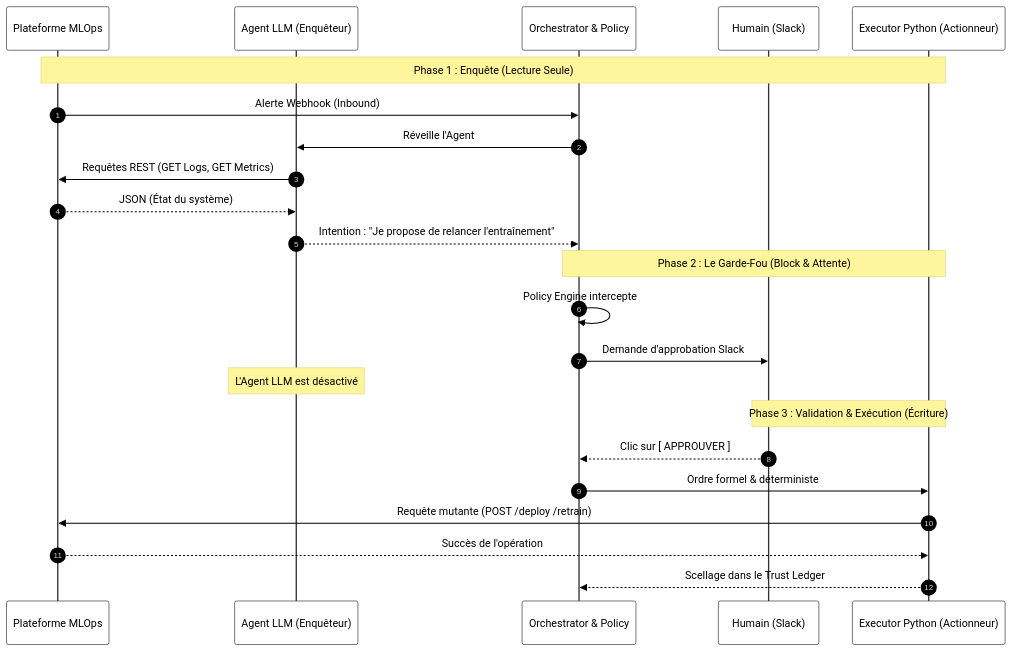
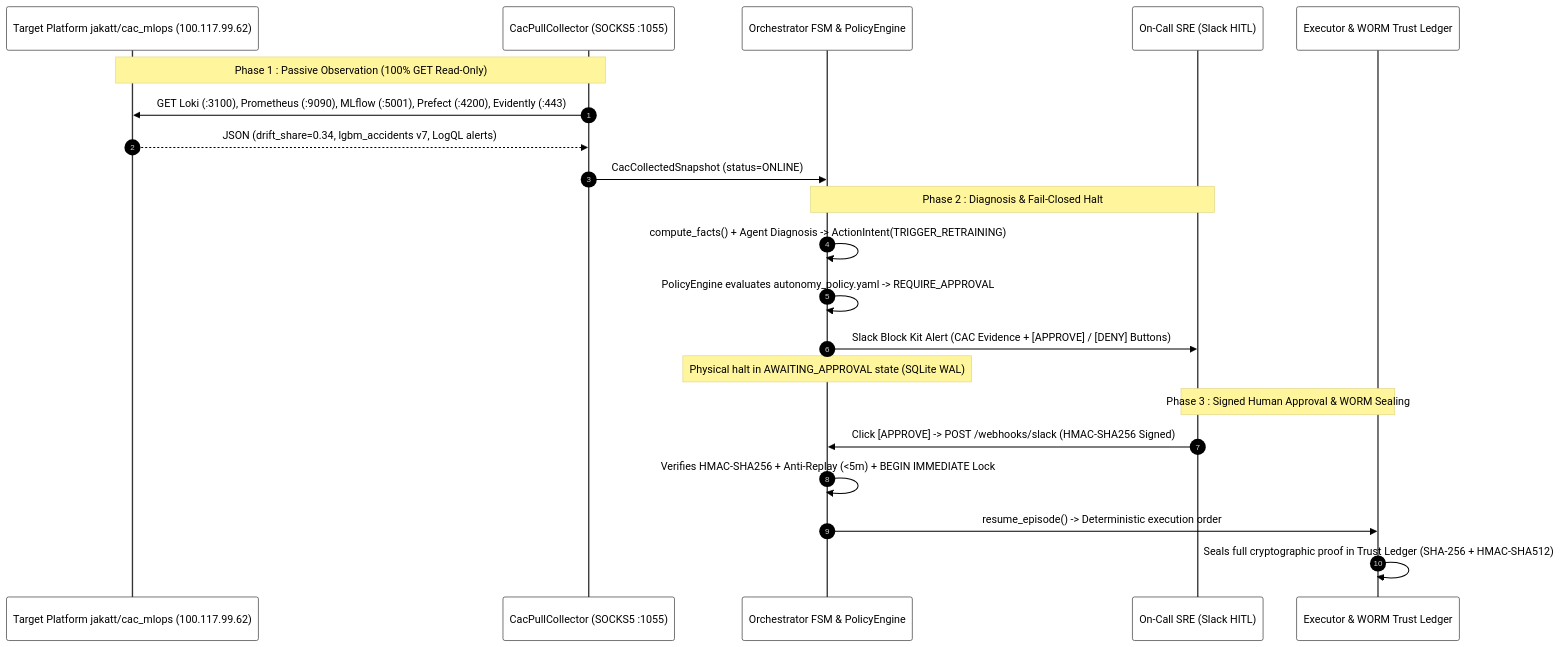
One commit to nolll77/agentic-ops changed the diagram in README.md. Above: the diagram before and after it, drawn with Mermaid. The commit also changed other lines of this file and 7 other files, not shown here.

````diff
--- a/README.md
+++ b/README.md
@@ -137,29 +241,27 @@
 ```mermaid
 %%{init: {'theme': 'base', 'themeVariables': {'primaryColor': '#ffffff', 'primaryTextColor': '#000000', 'primaryBorderColor': '#333333', 'lineColor': '#333333', 'noteBkgColor': '#fff59d', 'noteTextColor': '#000000'}}}%%
 sequenceDiagram
     autonumber
-    participant Platform as Plateforme MLOps
-    participant Agent as Agent LLM (Enquêteur)
-    participant FSM as Orchestrator & Policy
-    participant Human as Humain (Slack)
-    participant Exec as Executor Python (Actionneur)
+    participant CAC as Target Platform jakatt/cac_mlops (100.117.99.62)
+    participant Pull as CacPullCollector (SOCKS5 :1055)
+    participant FSM as Orchestrator FSM & PolicyEngine
+    participant Slack as On-Call SRE (Slack HITL)
+    participant Exec as Executor & WORM Trust Ledger
 
-    Note over Platform, Exec: Phase 1 : Enquête (Lecture Seule)
-    Platform->>FSM: Alerte Webhook (Inbound)
-    FSM->>Agent: Réveille l'Agent
-    Agent->>Platform: Requêtes REST (GET Logs, GET Metrics)
-    Platform-->>Agent: JSON (État du système)
-    Agent-->>FSM: Intention : "Je propose de relancer l'entraînement"
+    Note over CAC, Pull: Phase 1 : Passive Observation (100% GET Read-Only)
+    Pull->>CAC: GET Loki (:3100), Prometheus (:9090), MLflow (:5001), Prefect (:4200), Evidently (:443)
+    CAC-->>Pull: JSON (drift_share=0.34, lgbm_accidents v7, LogQL alerts)
+    Pull->>FSM: CacCollectedSnapshot (status=ONLINE)
 
-    Note over FSM, Exec: Phase 2 : Le Garde-Fou (Block & Attente)
-    FSM->>FSM: Policy Engine intercepte
-    FSM->>Human: Demande d'approbation Slack
-    Note over Agent: L'Agent LLM est désactivé
-    
-    Note over Human, Exec: Phase 3 : Validation & Exécution (Écriture)
-    Human-->>FSM: Clic sur [ APPROUVER ]
-    FSM->>Exec: Ordre formel & déterministe
-    Exec->>Platform: Requête mutante (POST /deploy /retrain)
-    Platform-->>Exec: Succès de l'opération
-    Exec-->>FSM: Scellage dans le Trust Ledger
+    Note over FSM, Slack: Phase 2 : Diagnosis & Fail-Closed Halt
+    FSM->>FSM: compute_facts() + Agent Diagnosis -> ActionIntent(TRIGGER_RETRAINING)
+    FSM->>FSM: PolicyEngine evaluates autonomy_policy.yaml -> REQUIRE_APPROVAL
+    FSM->>Slack: Slack Block Kit Alert (CAC Evidence + [APPROVE] / [DENY] Buttons)
+    Note over FSM: Physical halt in AWAITING_APPROVAL state (SQLite WAL)
+
+    Note over Slack, Exec: Phase 3 : Signed Human Approval & WORM Sealing
+    Slack->>FSM: Click [APPROVE] -> POST /webhooks/slack (HMAC-SHA256 Signed)
+    FSM->>FSM: Verifies HMAC-SHA256 + Anti-Replay (<5m) + BEGIN IMMEDIATE Lock
+    FSM->>Exec: resume_episode() -> Deterministic execution order
+    Exec->>Exec: Seals full cryptographic proof in Trust Ledger (SHA-256 + HMAC-SHA512)
 ```
````
